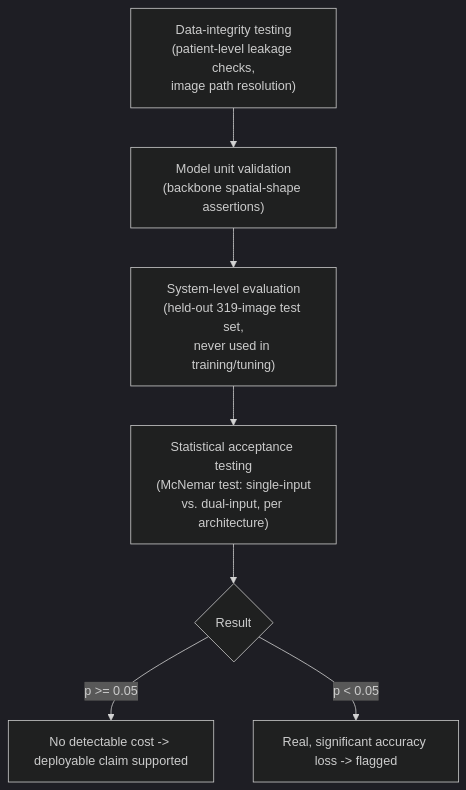
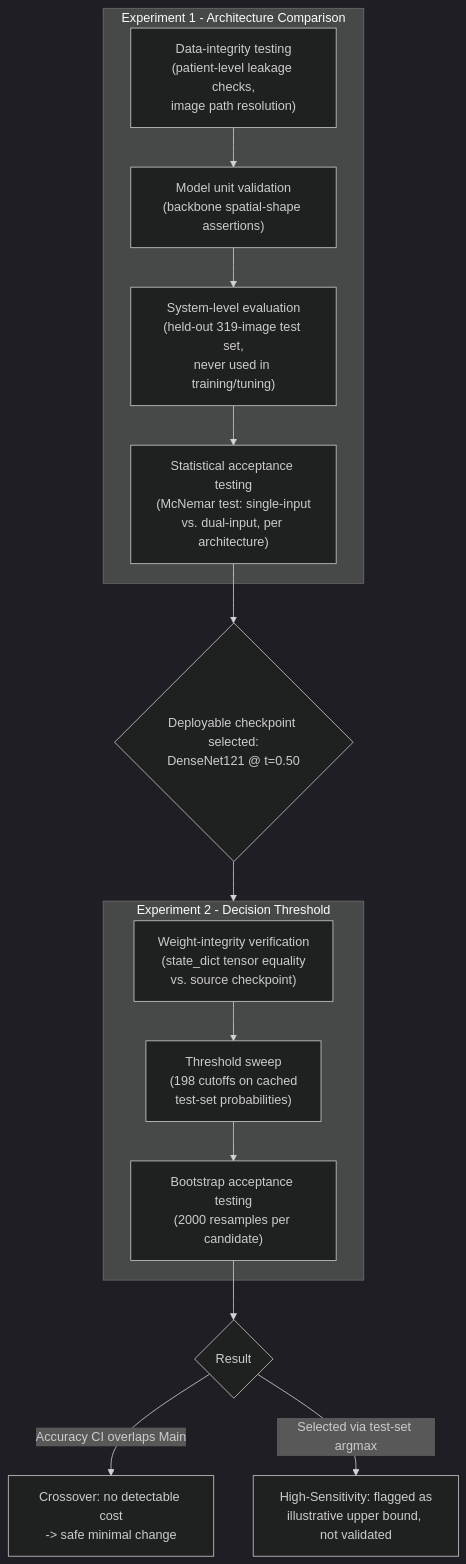
Before and after one commit to jesimoandrew/Explainable-Breast-Cancer-Detection-Model: the diagram in zdocs/results_testing_evaluation.md, drawn with Mermaid (dark theme). The commit also changed other lines of this file and 7 other files, not shown here.

Commit message:
Optimization: lowered the classification threshold because sensitivity is very low and specificity is higher. Higher sensitivty for cancer detection.

````diff
--- a/zdocs/results_testing_evaluation.md
+++ b/zdocs/results_testing_evaluation.md
@@ -87,9 +140,17 @@
 ```mermaid
 flowchart TD
-    A["Data-integrity testing\n(patient-level leakage checks,\nimage path resolution)"] --> B["Model unit validation\n(backbone spatial-shape assertions)"]
-    B --> C["System-level evaluation\n(held-out 319-image test set,\nnever used in training/tuning)"]
-    C --> D["Statistical acceptance testing\n(McNemar test: single-input\nvs. dual-input, per architecture)"]
-    D --> E{"Result"}
-    E -->|"p >= 0.05"| F["No detectable cost -> deployable claim supported"]
-    E -->|"p < 0.05"| G["Real, significant accuracy loss -> flagged"]
+    subgraph P1["Experiment 1 - Architecture Comparison"]
+        A["Data-integrity testing\n(patient-level leakage checks,\nimage path resolution)"] --> B["Model unit validation\n(backbone spatial-shape assertions)"]
+        B --> C["System-level evaluation\n(held-out 319-image test set,\nnever used in training/tuning)"]
+        C --> D["Statistical acceptance testing\n(McNemar test: single-input\nvs. dual-input, per architecture)"]
+    end
+    D --> H{"Deployable checkpoint selected:\nDenseNet121 @ t=0.50"}
+    H --> P2
+    subgraph P2["Experiment 2 - Decision Threshold"]
+        I["Weight-integrity verification\n(state_dict tensor equality\nvs. source checkpoint)"] --> J["Threshold sweep\n(198 cutoffs on cached\ntest-set probabilities)"]
+        J --> K["Bootstrap acceptance testing\n(2000 resamples per candidate)"]
+    end
+    K --> L{"Result"}
+    L -->|"Accuracy CI overlaps Main"| M["Crossover: no detectable cost\n-> safe minimal change"]
+    L -->|"Selected via test-set argmax"| N["High-Sensitivity: flagged as\nillustrative upper bound, not validated"]
 ```
````
